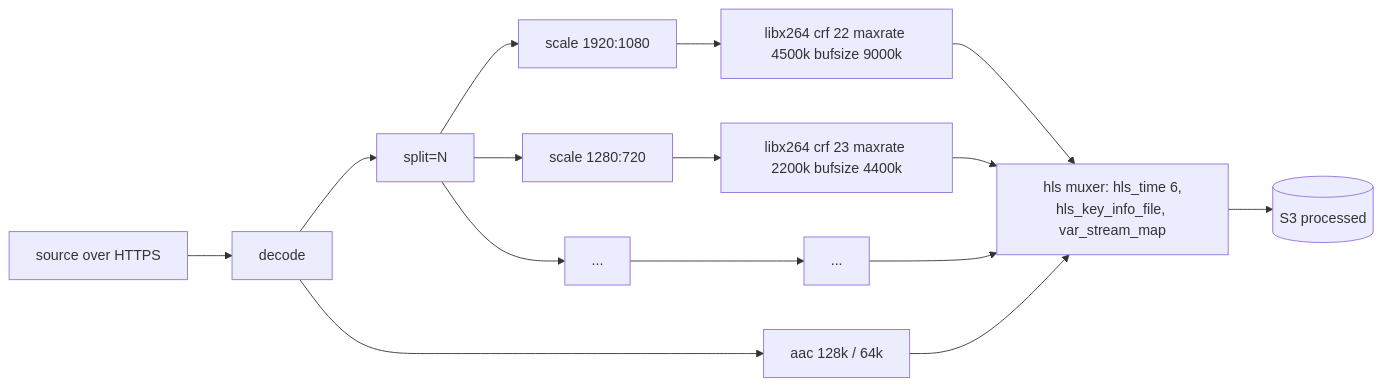
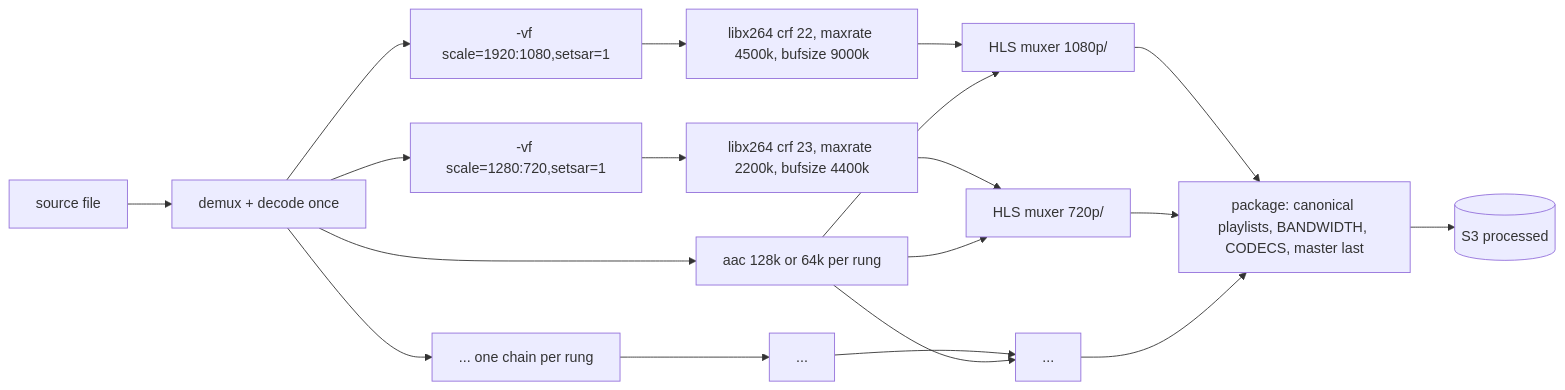
One commit to DinhQuocCuong28664/DACNTT_VideoStreaming changed the fourth of 7 diagrams in docs/ARCHITECTURE.md. Above: the diagram before and after it, drawn with Mermaid. The commit also changed other lines of this file, not shown here.

Commit message:
docs(architecture): draw the FFmpeg graph the code actually runs
The diagram showed a split filter feeding one muxer with var_stream_map; the code decodes once and gives each rung its own -vf chain and HLS muxer, then packages the playlists.

````diff
--- a/docs/ARCHITECTURE.md
+++ b/docs/ARCHITECTURE.md
@@ -243,11 +247,10 @@
 ```mermaid
 flowchart LR
-  IN[source over HTTPS] --> D[decode]
-  D --> SPLIT[split=N]
-  SPLIT --> S1[scale 1920:1080] --> E1[libx264 crf 22 maxrate 4500k bufsize 9000k]
-  SPLIT --> S2[scale 1280:720] --> E2[libx264 crf 23 maxrate 2200k bufsize 4400k]
-  SPLIT --> S3[...] --> E3[...]
-  D --> A[aac 128k / 64k]
-  E1 & E2 & E3 & A --> MUX[hls muxer: hls_time 6,<br/>hls_key_info_file, var_stream_map]
-  MUX --> OUT[(S3 processed)]
+  IN[source file] --> D[demux + decode once]
+  D --> F1["-vf scale=1920:1080,setsar=1"] --> E1[libx264 crf 22, maxrate 4500k, bufsize 9000k] --> M1[HLS muxer 1080p/]
+  D --> F2["-vf scale=1280:720,setsar=1"] --> E2[libx264 crf 23, maxrate 2200k, bufsize 4400k] --> M2[HLS muxer 720p/]
+  D --> F3[... one chain per rung] --> E3[...] --> M3[...]
+  D --> A[aac 128k or 64k per rung] --> M1 & M2 & M3
+  M1 & M2 & M3 --> P[package: canonical playlists, BANDWIDTH, CODECS, master last]
+  P --> OUT[(S3 processed)]
 ```
````
